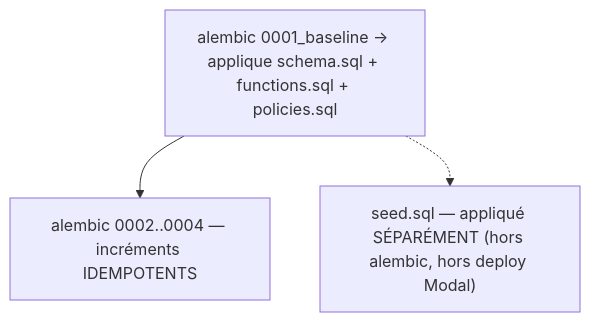
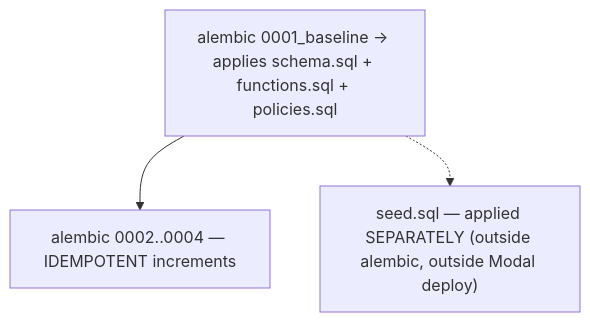
Before and after one commit to Git-Newfeatures/augura-platform-nde-dev: the third of 4 diagrams in DESIGN.md, drawn with Mermaid. The commit also changed other lines of this file and 262 other files, not shown here.

````diff
--- a/DESIGN.md
+++ b/DESIGN.md
@@ -138,8 +138,8 @@
 ```mermaid
 flowchart TD
-  base["alembic 0001_baseline → applique schema.sql + functions.sql + policies.sql"]
-  inc["alembic 0002..0004 — incréments IDEMPOTENTS"]
-  seed["seed.sql — appliqué SÉPARÉMENT (hors alembic, hors deploy Modal)"]
+  base["alembic 0001_baseline → applies schema.sql + functions.sql + policies.sql"]
+  inc["alembic 0002..0004 — IDEMPOTENT increments"]
+  seed["seed.sql — applied SEPARATELY (outside alembic, outside Modal deploy)"]
   base --> inc
   base -.-> seed
 ```
````
